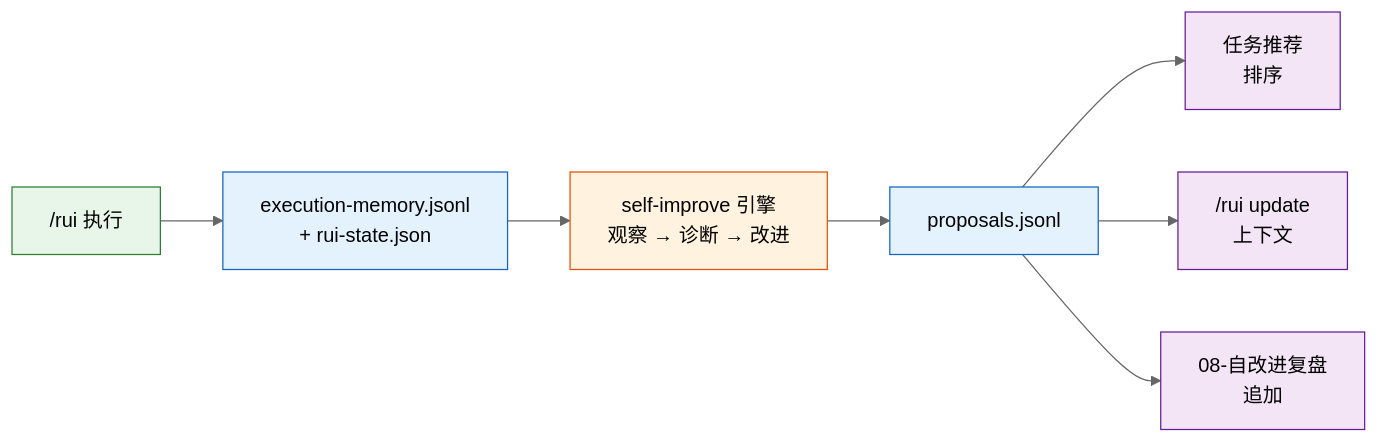
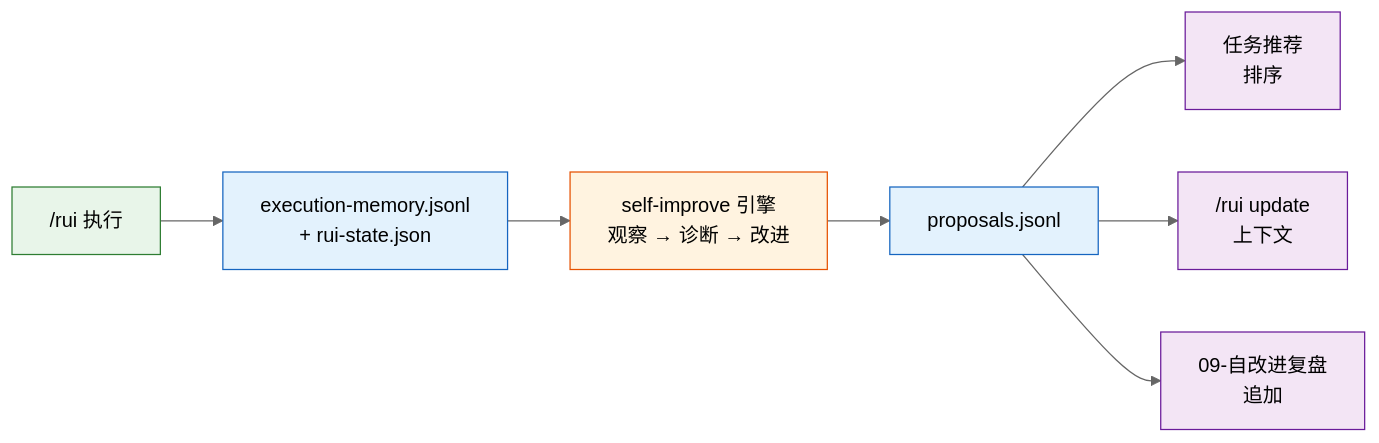
One commit to effiy/YrY changed the fifth of 5 diagrams in skills/rui/coder.md. Above: the diagram before and after it, drawn with Mermaid (neutral theme). The commit also changed other lines of this file and 11 other files, not shown here.

````diff
--- a/skills/rui/coder.md
+++ b/skills/rui/coder.md
@@ -162,14 +162,14 @@
 ```mermaid
 flowchart LR
     A["/rui 执行"]:::src --> B["execution-memory.jsonl<br/>+ rui-state.json"]:::store
     B --> C["self-improve 引擎<br/>观察 → 诊断 → 改进"]:::op
     C --> D["proposals.jsonl"]:::store
     D --> E1["任务推荐<br/>排序"]:::use
     D --> E2["/rui update<br/>上下文"]:::use
-    D --> E3["08-自改进复盘<br/>追加"]:::use
+    D --> E3["09-自改进复盘<br/>追加"]:::use
 
     classDef src fill:#e8f5e9,stroke:#2e7d32;
     classDef store fill:#e3f2fd,stroke:#1565c0;
     classDef op fill:#fff3e0,stroke:#e65100;
     classDef use fill:#f3e5f5,stroke:#6a1b9a;
 ```
````
